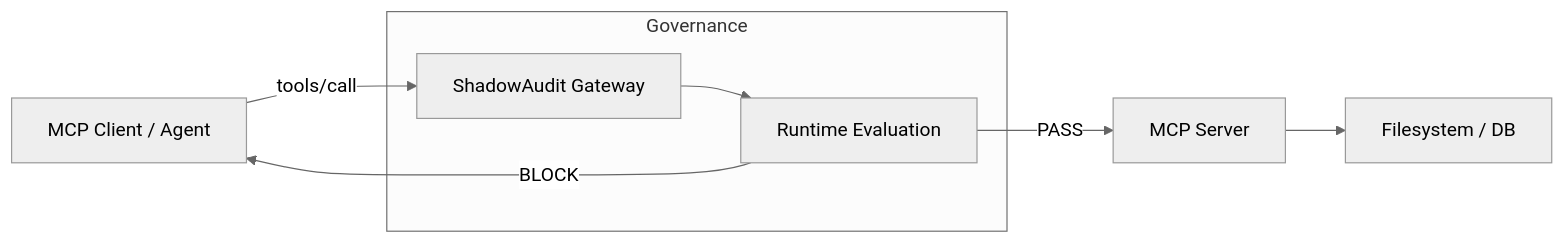
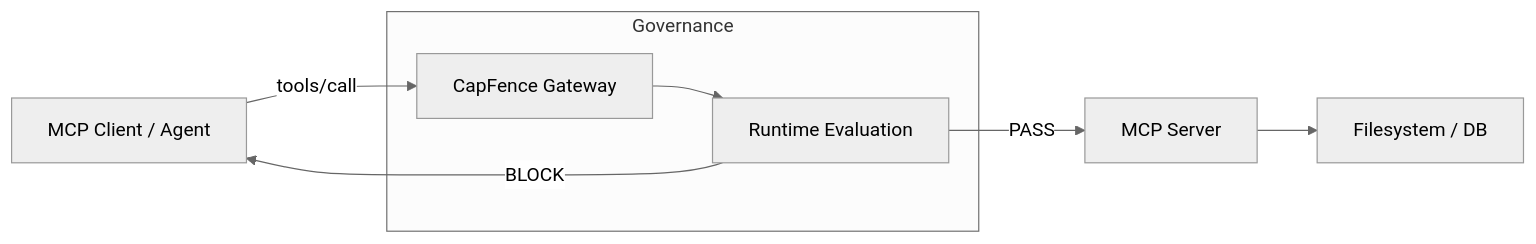
The second of 2 diagrams in docs-dev/mcp-governance.md (shadowauditlabs/shadowaudit-python), drawn with Mermaid (neutral theme) before and after one commit. The commit also changed other lines of this file and 261 other files, not shown here.

Commit message:
release: bump version to 0.7.0 — CapFence rebrand from ShadowAudit

````diff
--- a/docs-dev/mcp-governance.md
+++ b/docs-dev/mcp-governance.md
@@ -21,12 +21,12 @@
 ```mermaid
 flowchart LR
-    Client[MCP Client / Agent] -->|tools/call| Gateway[ShadowAudit Gateway]
+    Client[MCP Client / Agent] -->|tools/call| Gateway[CapFence Gateway]
     
     subgraph Governance
         Gateway --> Gate[Runtime Evaluation]
     end
     
     Gate -->|PASS| Server[MCP Server]
     Gate -->|BLOCK| Client
     Server --> FileSystem[Filesystem / DB]
 ```
````
